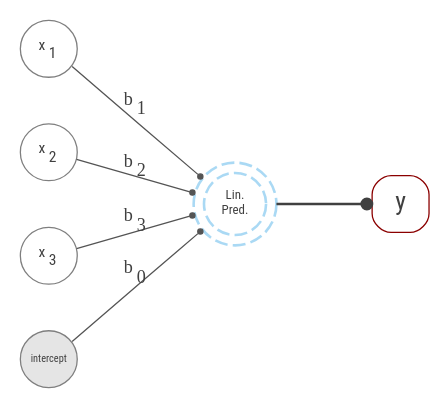
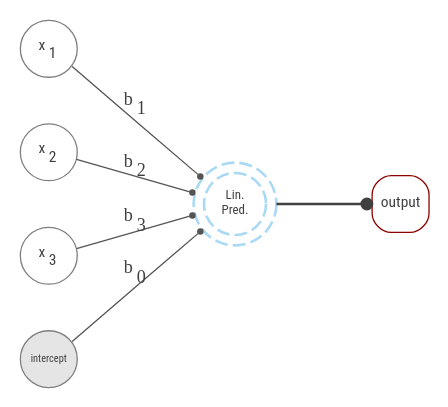
One commit to m-clark/book-of-models changed the diagram in img/graphical_lm.dot. Above: the diagram before and after it, drawn with Graphviz. The commit also changed 31 other files, not shown here.

```diff
--- a/img/graphical_lm.dot
+++ b/img/graphical_lm.dot
@@ -1,25 +1,25 @@
 digraph DAG {
 
     graph [rankdir = LR bgcolor=transparent]
 
     node [shape = square, fontcolor=gray25 color=gray80 fontname="Roboto Condensed"]
 
     node [fontsize=6 fixedsize=true width=.3 shape=circle color=gray50 penwidth=.5]
     x1 [label=<x<sub>1</sub>>]; x2 [label=<x<sub>2</sub>>]; x3 [label=<x<sub>3</sub>>]; 
 
     node [fillcolor=gray90 style=filled fixedsize=true width=.4]
     lp [label = "Lin.\nPred." width=.33 color = "#56B4E980" shape=doublecircle style=dashed penwidth=1 fontsize = 5];
     
     node [fillcolor=gray90 style=filled fixedsize=true width=.4 penwidth=.5]
     b0[label=intercept width=.3 fontsize=4];
 
-    y [fixedsize=True fontsize =10 width=.3 color=darkred shape=square style=rounded];
+    output [fixedsize=True fontsize =6 width=.3 color="#8B0000" shape=square style=rounded];
 
     edge [color=gray50 style=filled arrowsize=.5 fontsize = 5 fontcolor=gray25]
     x1 -> lp [label=<b<sub>1</sub>> arrowhead="dot" arrowsize=0.25 minlen=1 fontsize=7 color=gray33 penwidth=.5]; 
     x2 -> lp [label=<b<sub>2</sub>> arrowhead="dot" arrowsize=0.25 minlen=1 fontsize=7 color=gray33 penwidth=.5]; 
     x3 -> lp [label=<b<sub>3</sub>> arrowhead="dot" arrowsize=0.25 minlen=1 fontsize=7 color=gray33 penwidth=.5];
     b0 -> lp [label=<b<sub>0</sub>> arrowhead="dot" arrowsize=0.25 minlen=1 fontsize=7 color=gray33 penwidth=.5];
 
-    lp  -> y [label="" arrowhead="dot" arrowsize=0.5 minlen=1 color=gray25 penwidth=1];
+    lp  -> output [label="" arrowhead="dot" arrowsize=0.5 minlen=1 color=gray25 penwidth=1];
 }
```
